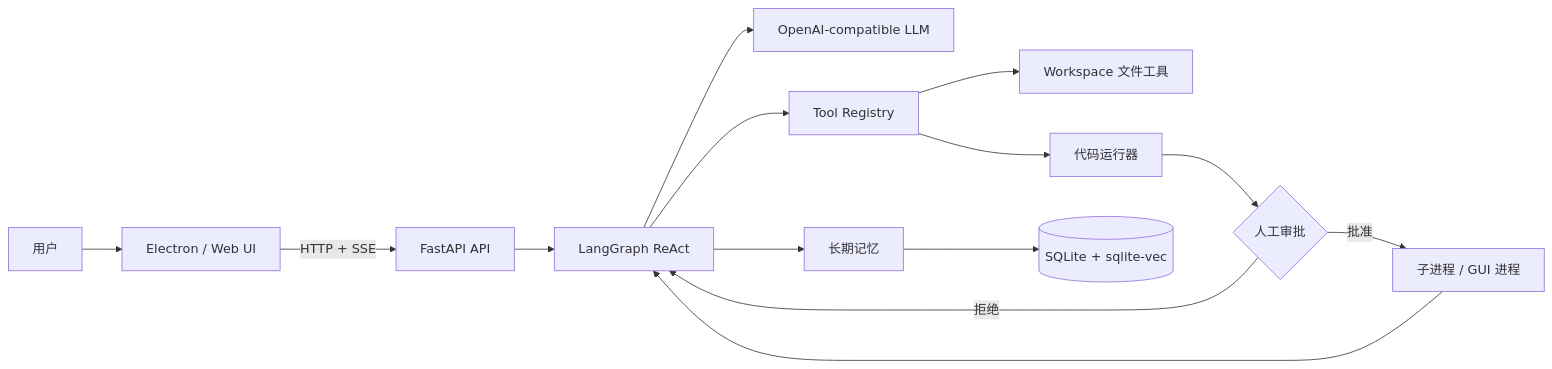
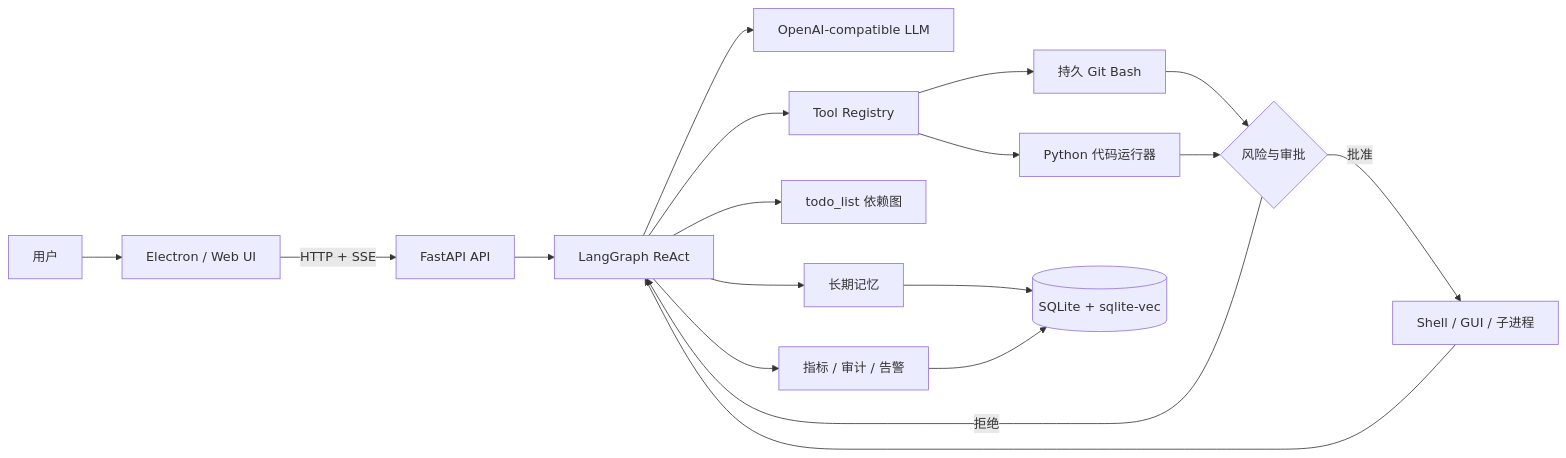
One commit to wenbralliance/Coding-agent-human-in-the-loop changed the diagram in README.md. Above: the diagram before and after it, drawn with Mermaid. The commit also changed other lines of this file and 40 other files, not shown here.

````diff
--- a/README.md
+++ b/README.md
@@ -88,16 +95,20 @@
 ```mermaid
 flowchart LR
     U[用户] --> UI[Electron / Web UI]
     UI -->|HTTP + SSE| API[FastAPI API]
     API --> G[LangGraph ReAct]
     G --> LLM[OpenAI-compatible LLM]
     G --> T[Tool Registry]
-    T --> F[Workspace 文件工具]
-    T --> R[代码运行器]
-    R --> A{人工审批}
-    A -->|批准| P[子进程 / GUI 进程]
+    G --> PLAN[todo_list 依赖图]
+    T --> B[持久 Git Bash]
+    T --> R[Python 代码运行器]
+    B --> A{风险与审批}
+    R --> A
+    A -->|批准| P[Shell / GUI / 子进程]
     A -->|拒绝| G
     P --> G
+    G --> O[指标 / 审计 / 告警]
     G --> M[长期记忆]
     M --> DB[(SQLite + sqlite-vec)]
+    O --> DB
 ```
````
